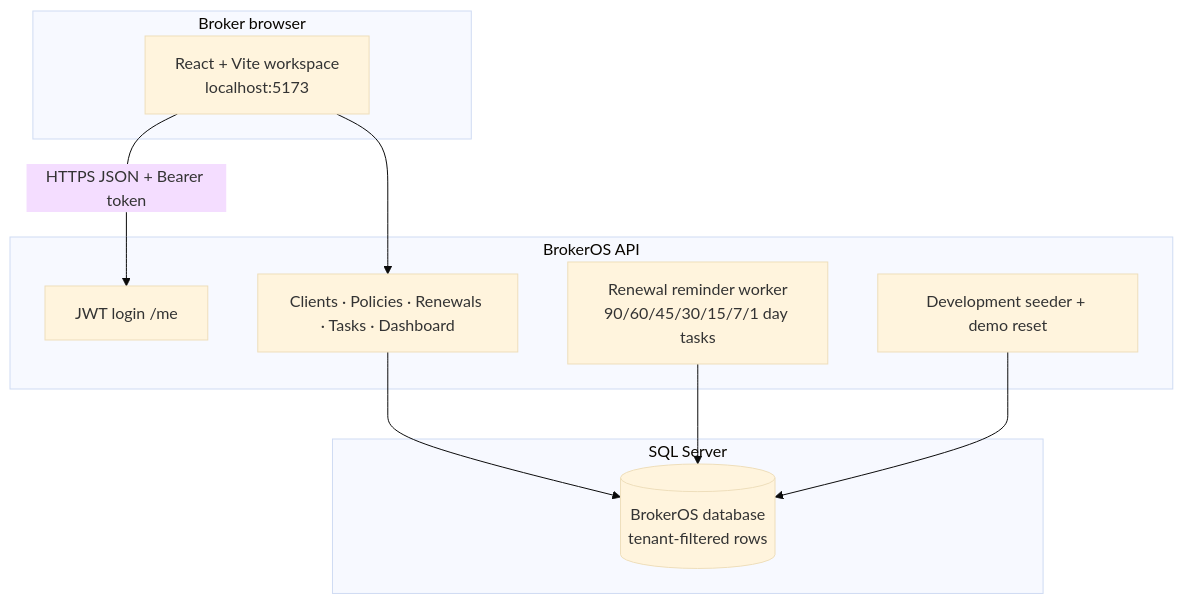
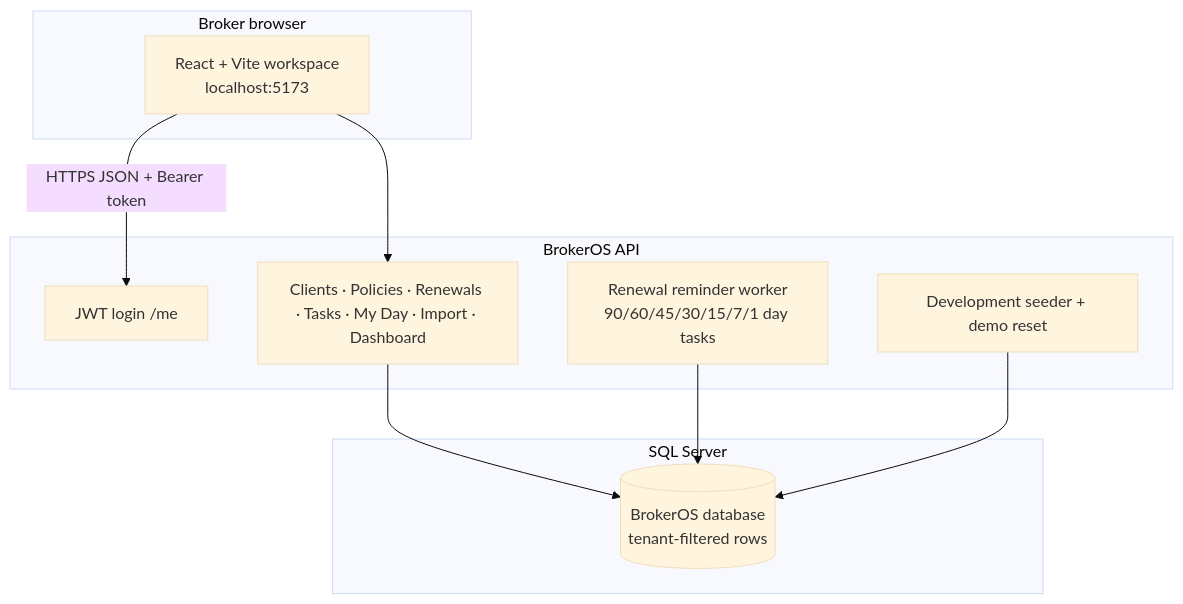
One commit to jeet264/BrokerDemo changed the fourth of 6 diagrams in docs/OVERVIEW.md. Above: the diagram before and after it, drawn with Mermaid (base theme). The commit also changed other lines of this file, not shown here.

Commit message:
Document My Day and bulk import in the product overview.

````diff
--- a/docs/OVERVIEW.md
+++ b/docs/OVERVIEW.md
@@ -102,23 +103,23 @@
 ```mermaid
 flowchart TB
   subgraph Browser["Broker browser"]
     UI[React + Vite workspace<br/>localhost:5173]
   end
 
   subgraph API["BrokerOS API"]
     Auth[JWT login /me]
-    Apps[Clients · Policies · Renewals · Tasks · Dashboard]
+    Apps[Clients · Policies · Renewals · Tasks · My Day · Import · Dashboard]
     Worker[Renewal reminder worker<br/>90/60/45/30/15/7/1 day tasks]
     Seed[Development seeder + demo reset]
   end
 
   subgraph Data["SQL Server"]
     DB[(BrokerOS database<br/>tenant-filtered rows)]
   end
 
   UI -->|HTTPS JSON + Bearer token| Auth
   UI --> Apps
   Apps --> DB
   Worker --> DB
   Seed --> DB
 ```
````
